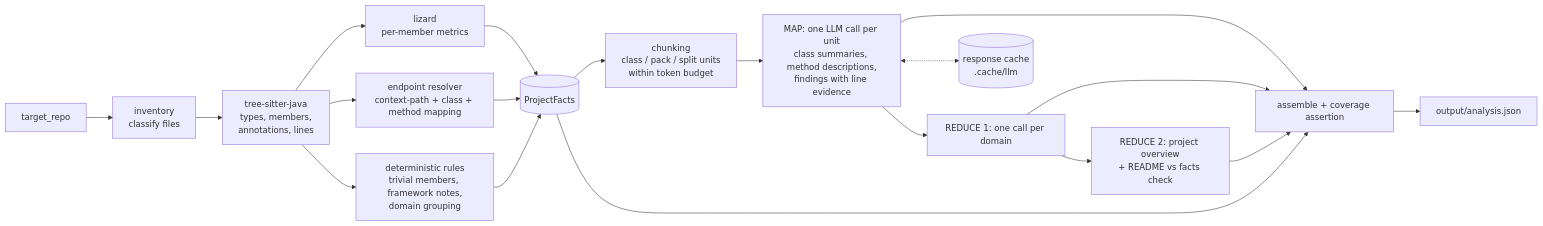
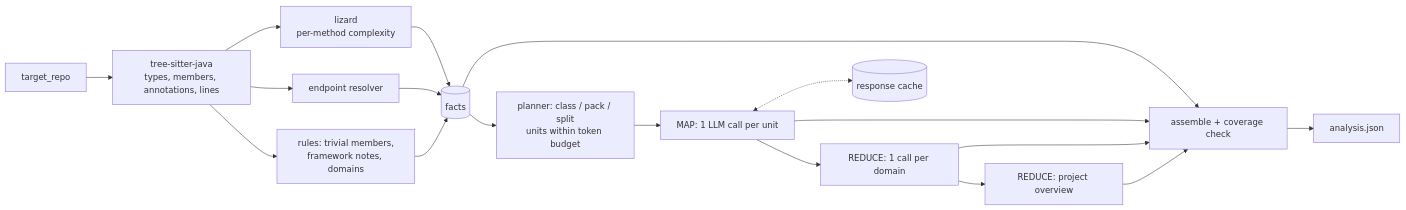
The diagram in README.md (Madhav-29/Codebase-Analysis-using-LLM), drawn with Mermaid before and after one commit. The commit also changed other lines of this file and 2 other files, not shown here.

````diff
--- a/README.md
+++ b/README.md
@@ -82,17 +67,15 @@
 ```mermaid
 flowchart LR
-    R[target_repo] --> I[inventory<br/>classify files]
-    I --> P[tree-sitter-java<br/>types, members,<br/>annotations, lines]
-    P --> M[lizard<br/>per-member metrics]
-    P --> E[endpoint resolver<br/>context-path + class + method mapping]
-    P --> D[deterministic rules<br/>trivial members, framework notes,<br/>domain grouping]
-    M & E & D --> F[(ProjectFacts)]
-    F --> C[chunking<br/>class / pack / split units<br/>within token budget]
-    C --> MAP[MAP: one LLM call per unit<br/>class summaries, method descriptions,<br/>findings with line evidence]
-    MAP --> RD[REDUCE 1: one call per domain]
-    RD --> RP[REDUCE 2: project overview<br/>+ README vs facts check]
-    MAP & RD & RP --> A[assemble + coverage assertion]
-    F --> A
-    A --> J[output/analysis.json]
-    MAP <-.-> K[(response cache<br/>.cache/llm)]
+    R[target_repo] --> P[tree-sitter-java<br/>types, members, annotations, lines]
+    P --> M[lizard<br/>per-method complexity]
+    P --> E[endpoint resolver]
+    P --> D[rules: trivial members,<br/>framework notes, domains]
+    M & E & D --> F[(facts)]
+    F --> C[planner: class / pack / split<br/>units within token budget]
+    C --> MAP[MAP: 1 LLM call per unit]
+    MAP --> RD[REDUCE: 1 call per domain]
+    RD --> RP[REDUCE: project overview]
+    F & MAP & RD & RP --> A[assemble + coverage check]
+    A --> J[analysis.json]
+    MAP <-.-> K[(response cache)]
 ```
````
